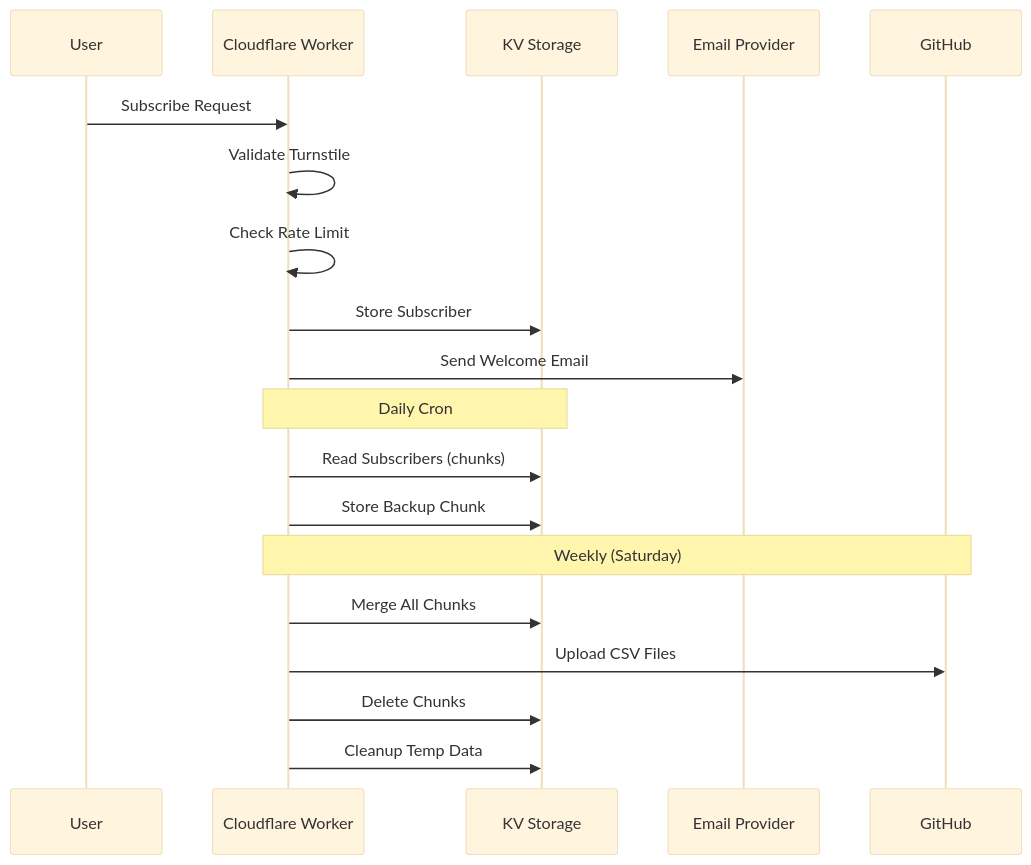
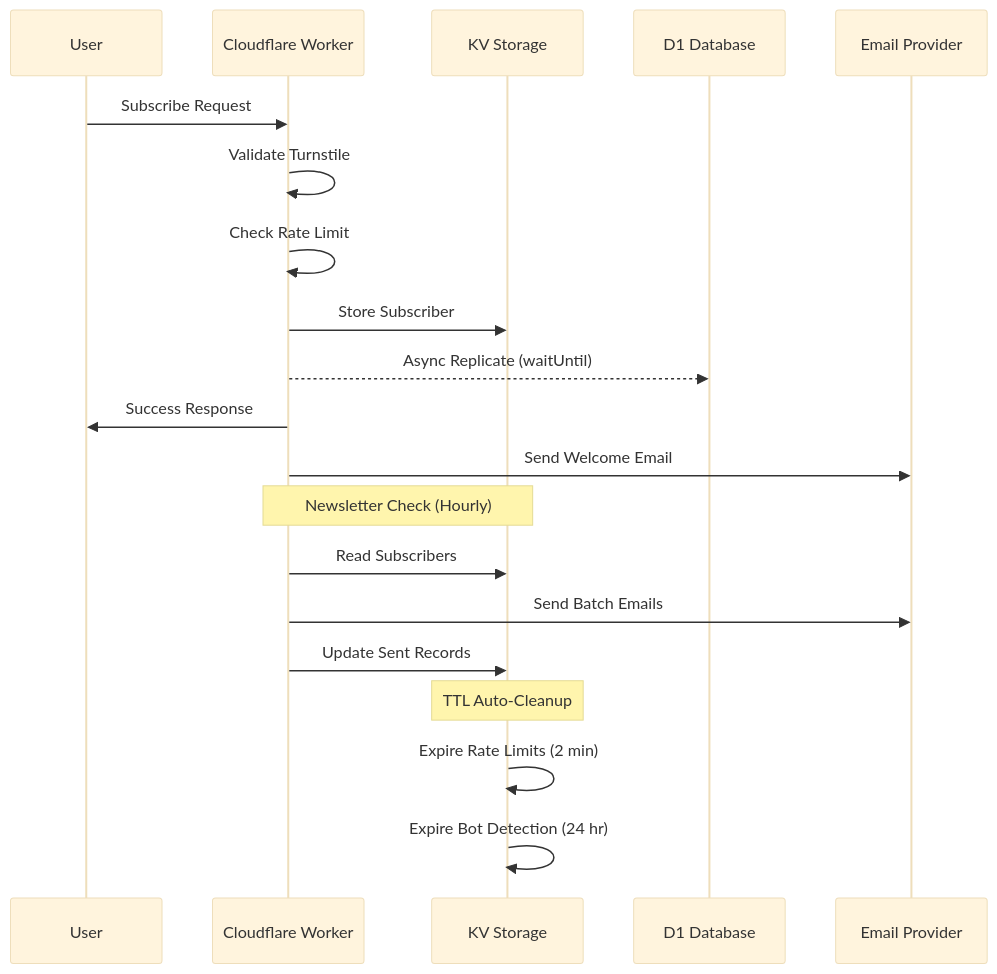
One commit to SamirPaulb/newsletter-and-contact-system changed the third of 3 diagrams in README.md. Above: the diagram before and after it, drawn with Mermaid (base theme). The commit also changed other lines of this file and 21 other files, not shown here.

````diff
--- a/README.md
+++ b/README.md
@@ -172,24 +166,25 @@
 ```mermaid
 sequenceDiagram
     participant User
     participant CF as Cloudflare Worker
     participant KV as KV Storage
+    participant D1 as D1 Database
     participant Email as Email Provider
-    participant GitHub
 
     User->>CF: Subscribe Request
     CF->>CF: Validate Turnstile
     CF->>CF: Check Rate Limit
     CF->>KV: Store Subscriber
+    CF-->>D1: Async Replicate (waitUntil)
+    CF->>User: Success Response
     CF->>Email: Send Welcome Email
 
-    Note over CF,KV: Daily Cron
-    CF->>KV: Read Subscribers (chunks)
-    CF->>KV: Store Backup Chunk
+    Note over CF,KV: Newsletter Check (Hourly)
+    CF->>KV: Read Subscribers
+    CF->>Email: Send Batch Emails
+    CF->>KV: Update Sent Records
 
-    Note over CF,GitHub: Weekly (Saturday)
-    CF->>KV: Merge All Chunks
-    CF->>GitHub: Upload CSV Files
-    CF->>KV: Delete Chunks
-    CF->>KV: Cleanup Temp Data
+    Note over KV: TTL Auto-Cleanup
+    KV->>KV: Expire Rate Limits (2 min)
+    KV->>KV: Expire Bot Detection (24 hr)
 ```
````
